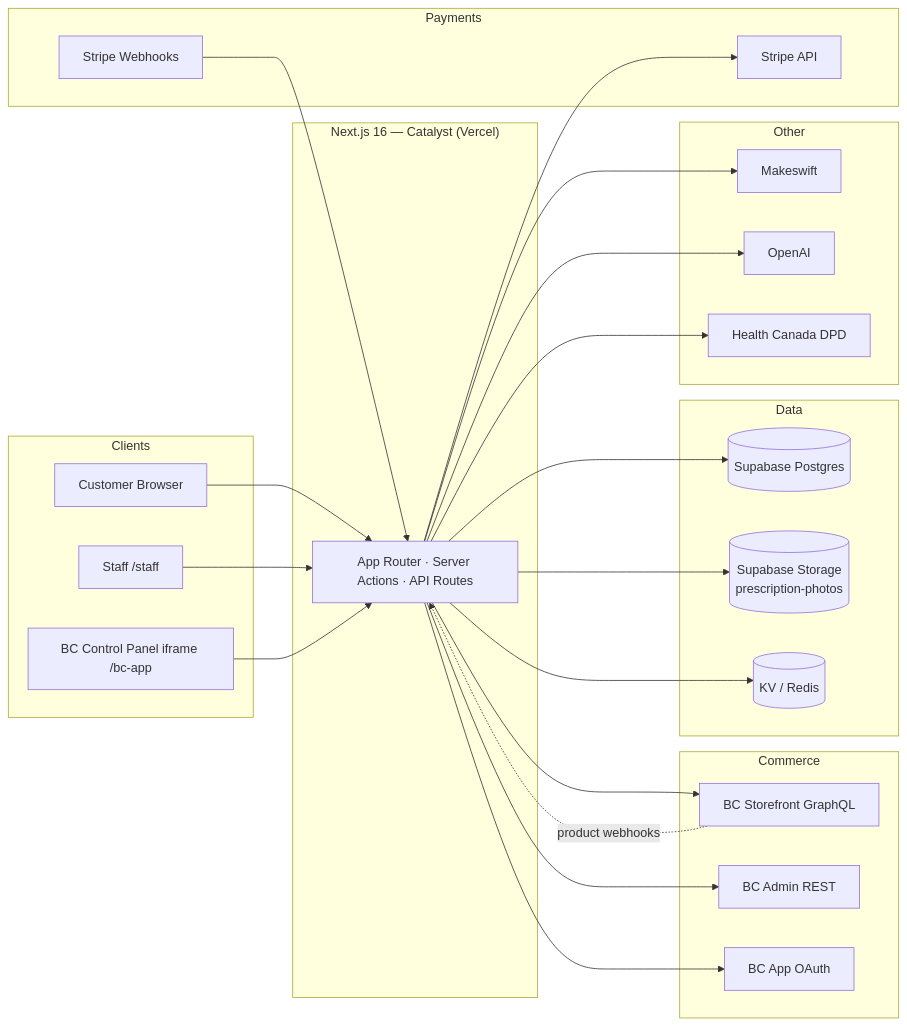
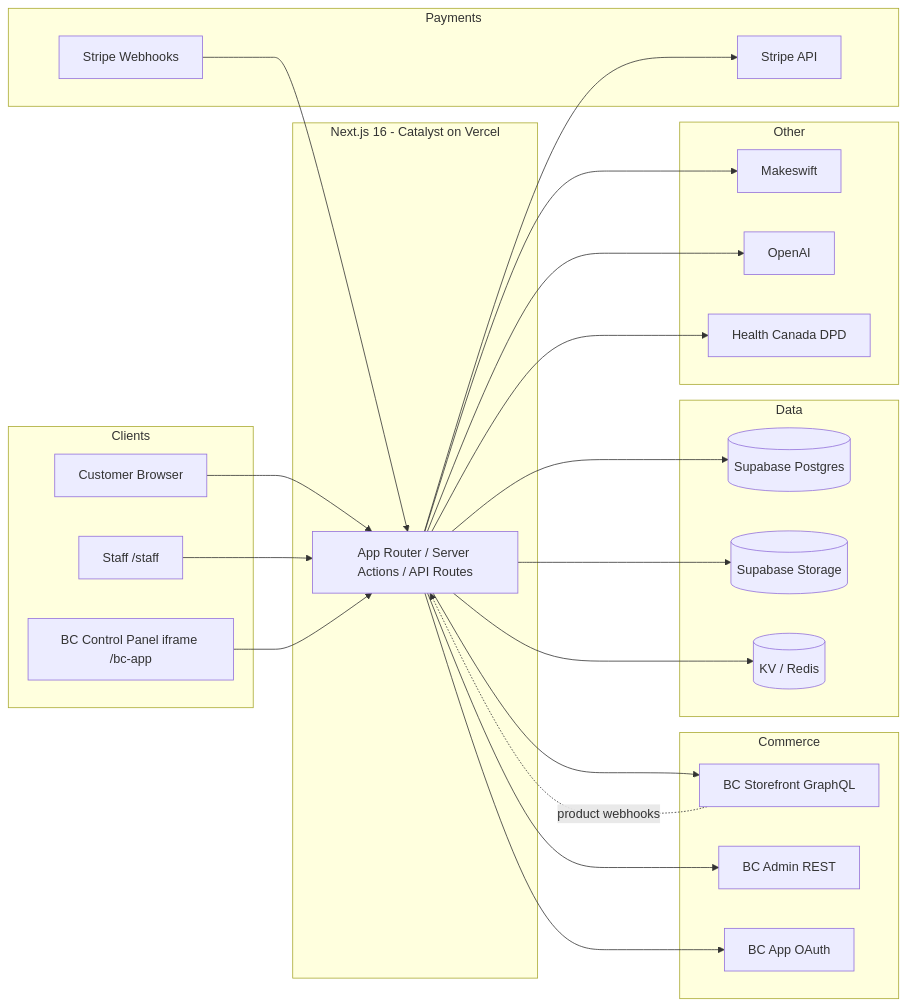
Before and after one commit to lolo19950603/liivv-test-catalyst-app: the first of 5 diagrams in docs/IT-Architecture.md, drawn with Mermaid. The commit also changed other lines of this file, not shown here.

First line of the commit message:
fix(docs): make Mermaid diagrams GitHub-compatible

````diff
--- a/docs/IT-Architecture.md
+++ b/docs/IT-Architecture.md
@@ -31,51 +31,51 @@
 ```mermaid
 flowchart LR
   subgraph Clients
     C[Customer Browser]
     S[Staff /staff]
     B[BC Control Panel iframe /bc-app]
   end
 
-  subgraph Hub["Next.js 16 — Catalyst (Vercel)"]
-    N[App Router · Server Actions · API Routes]
+  subgraph Hub["Next.js 16 - Catalyst on Vercel"]
+    N[App Router / Server Actions / API Routes]
   end
 
   subgraph Commerce
     BCG[BC Storefront GraphQL]
     BCA[BC Admin REST]
     BCO[BC App OAuth]
   end
 
   subgraph Data
     SB[(Supabase Postgres)]
-    ST[(Supabase Storage\nprescription-photos)]
+    ST[(Supabase Storage)]
     KV[(KV / Redis)]
   end
 
   subgraph Payments
     STK[Stripe API]
     STW[Stripe Webhooks]
   end
 
   subgraph Other
     MS[Makeswift]
     AI[OpenAI]
     DPD[Health Canada DPD]
   end
 
   C --> N
   S --> N
   B --> N
   N --> BCG
   N --> BCA
   N --> BCO
   N --> SB
   N --> ST
   N --> KV
   N --> STK
   N --> MS
   N --> AI
   N --> DPD
   STW --> N
   BCG -.->|product webhooks| N
 ```
````
